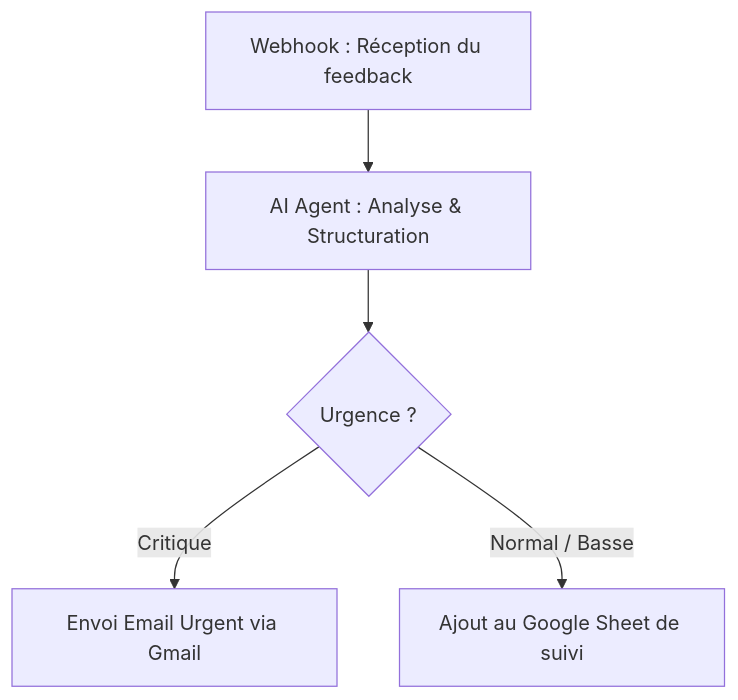
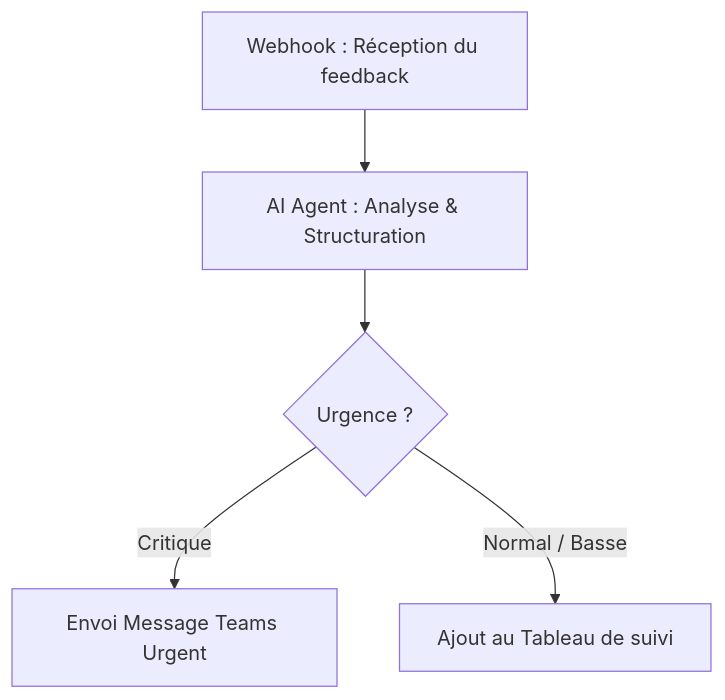
The diagram in EXERCICES/EXERCICE_3_Automatisation-Workflows.md (AstekGroup/training-ai-assistance-for-popm), drawn with Mermaid before and after one commit. The commit also changed other lines of this file and 1 other file, not shown here.

````diff
--- a/EXERCICES/EXERCICE_3_Automatisation-Workflows.md
+++ b/EXERCICES/EXERCICE_3_Automatisation-Workflows.md
@@ -314,7 +265,7 @@
 ```mermaid
 graph TD
     A[Webhook : Réception du feedback] --> B[AI Agent : Analyse & Structuration]
     B --> C{Urgence ?}
-    C -->|Critique| D[Envoi Email Urgent via Gmail]
-    C -->|Normal / Basse| E[Ajout au Google Sheet de suivi]
+    C -->|Critique| D[Envoi Message Teams Urgent]
+    C -->|Normal / Basse| E[Ajout au Tableau de suivi]
 ```
````
